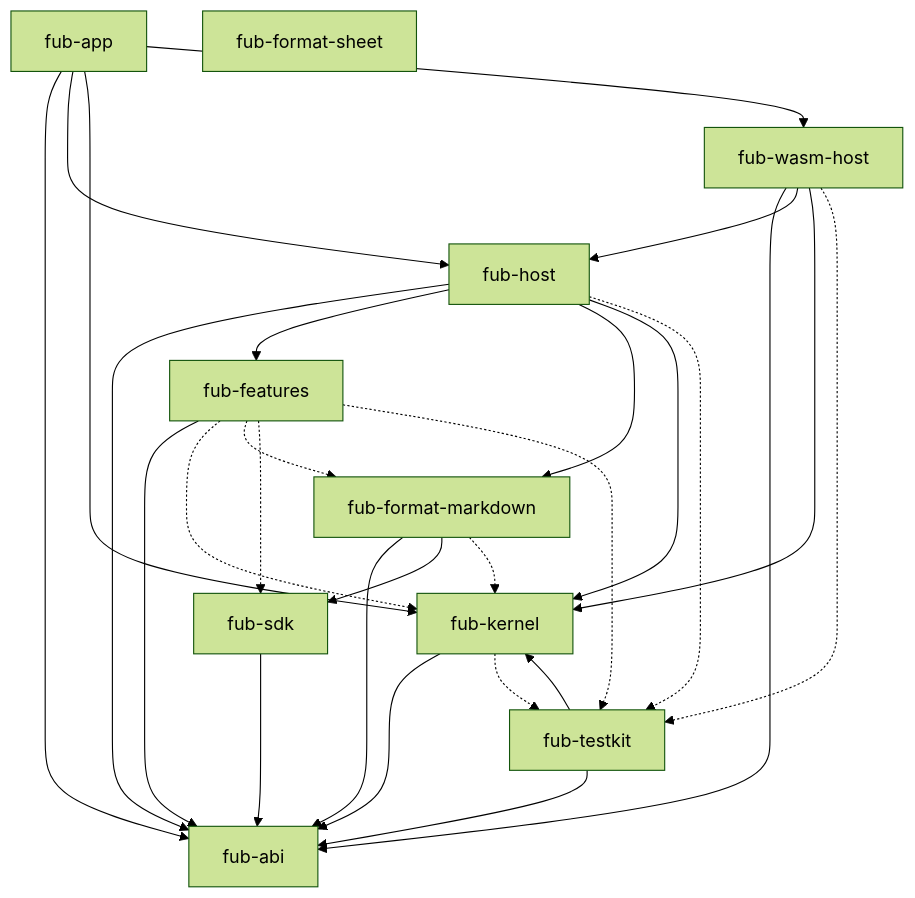
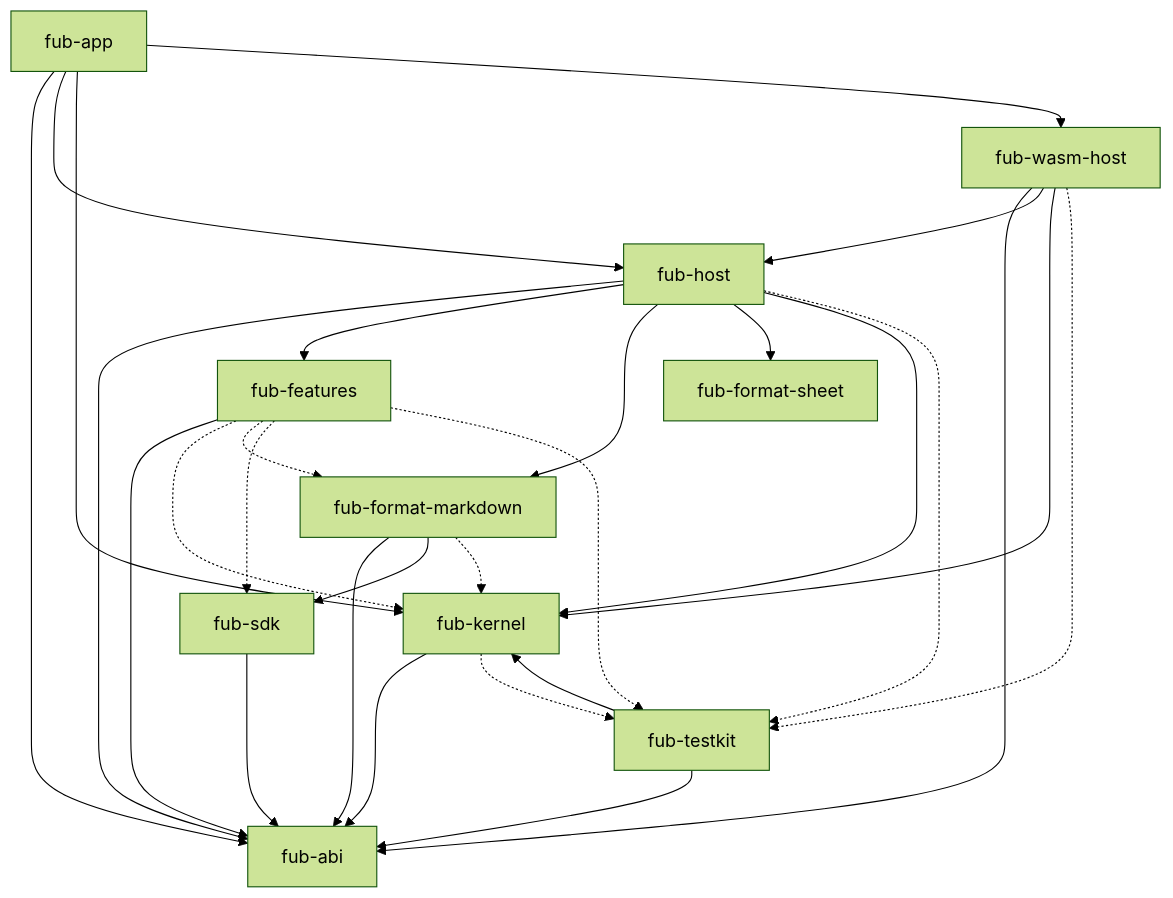
The first of 2 diagrams in docs/architecture/overview.md (Fubeo/Fub), drawn with Mermaid (forest theme) before and after one commit. The commit also changed 42 other files, not shown here.

````diff
--- a/docs/architecture/overview.md
+++ b/docs/architecture/overview.md
@@ -28,44 +28,45 @@
 ```mermaid
 flowchart TD
     %% @grafo-dipendenze
     %% Questo blocco è confrontato con cargo metadata da dependency_invariant.rs.
 
     app["fub-app"]
     host["fub-host"]
     features["fub-features"]
     markdown["fub-format-markdown"]
     sheet["fub-format-sheet"]
     wasmhost["fub-wasm-host"]
     sdk["fub-sdk"]
     testkit["fub-testkit"]
     kernel["fub-kernel"]
     abi["fub-abi"]
 
     app --> abi
     app --> host
     app --> kernel
     app --> wasmhost
     host --> abi
     host --> features
     host --> markdown
+    host --> sheet
     host --> kernel
     features --> abi
     markdown --> abi
     markdown --> sdk
     wasmhost --> abi
     wasmhost --> host
     wasmhost --> kernel
     kernel --> abi
     sdk --> abi
     testkit --> abi
     testkit --> kernel
 
     features -.-> kernel
     features -.-> markdown
     features -.-> sdk
     features -.-> testkit
     markdown -.-> kernel
     kernel -.-> testkit
     host -.-> testkit
     wasmhost -.-> testkit
 ```
````
